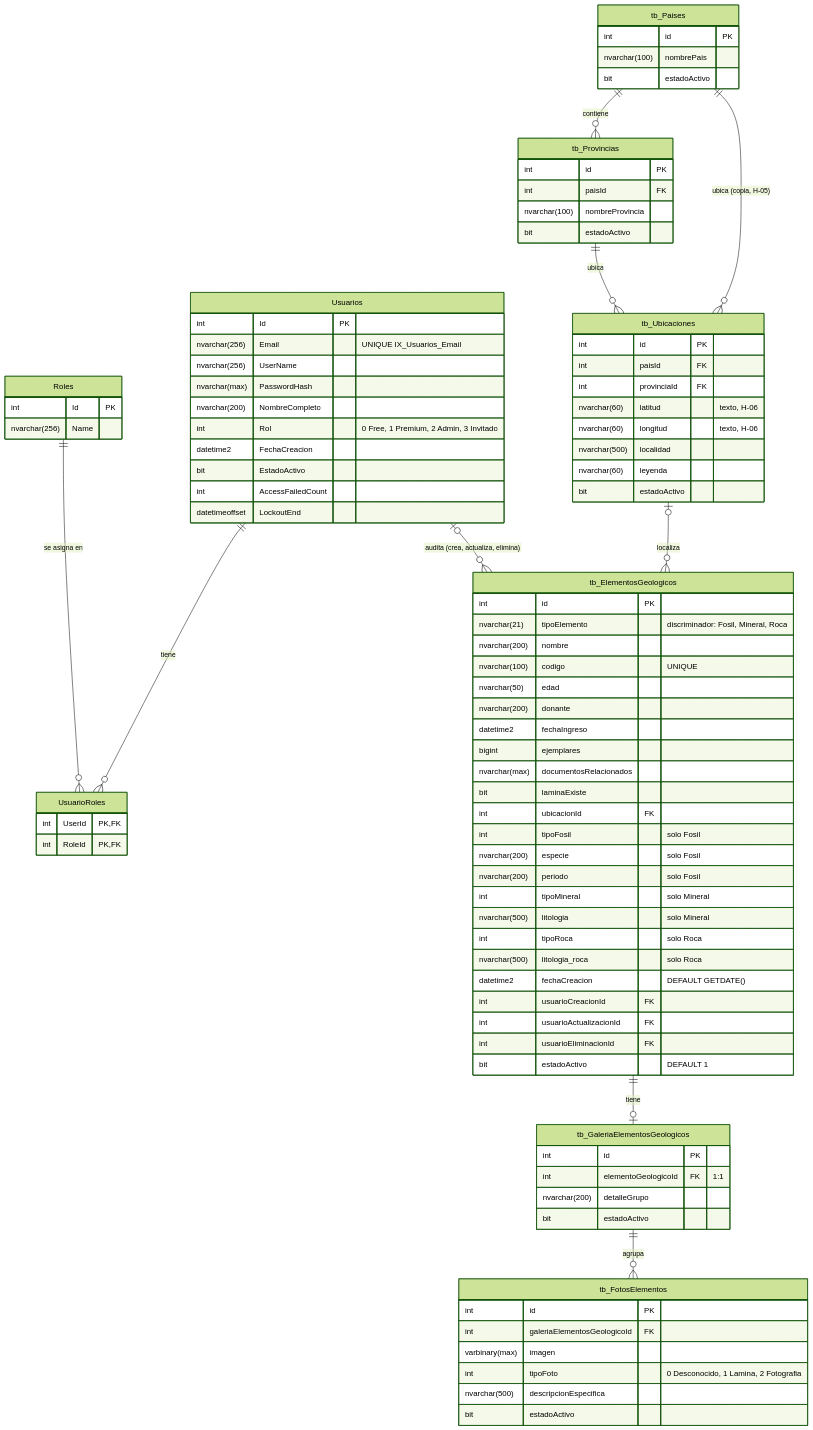
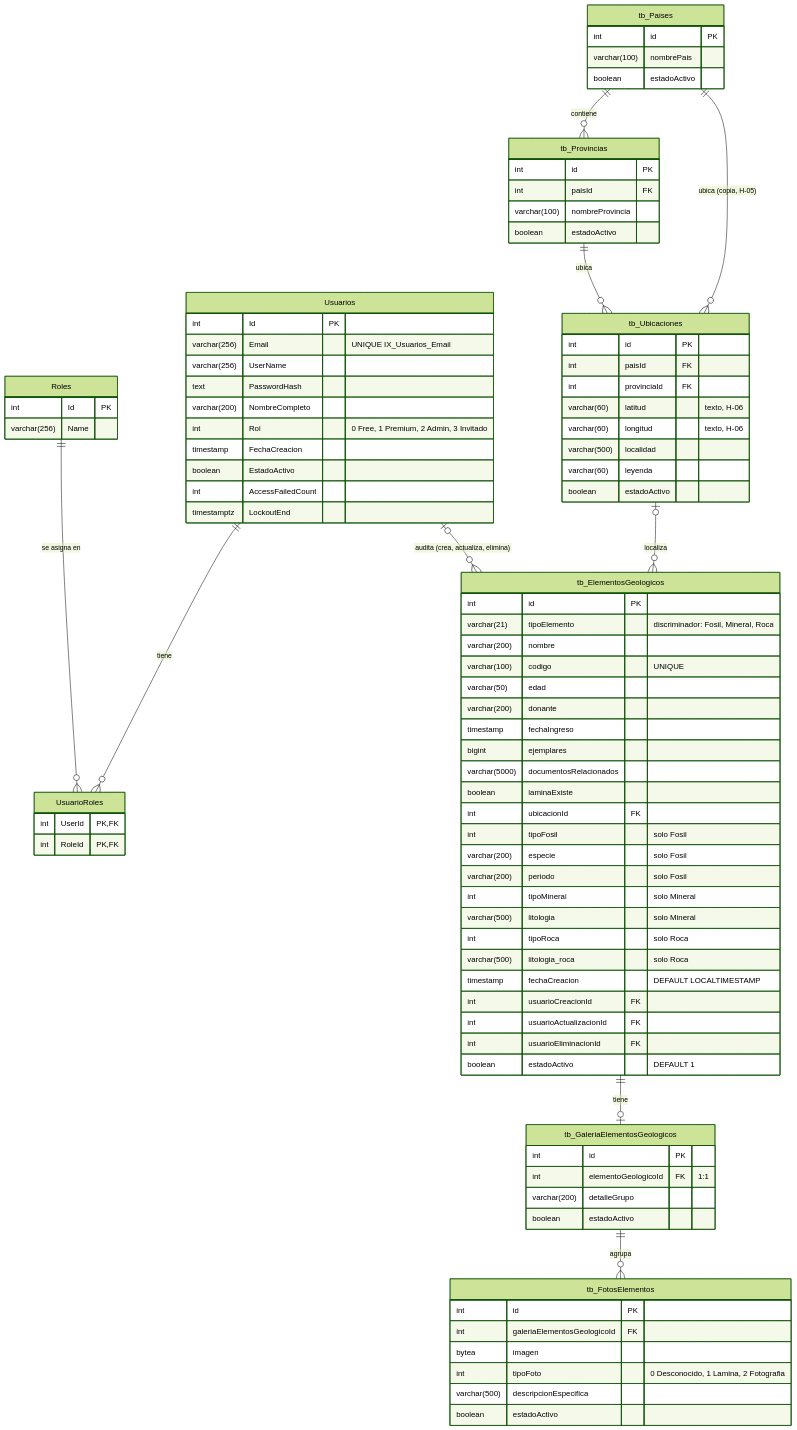
One commit to M147D/sistema-geologico-epn changed the first of 2 diagrams in docs/diagramas/modelo-datos.md. Above: the diagram before and after it, drawn with Mermaid (forest theme). The commit also changed other lines of this file and 14 other files, not shown here.

````diff
--- a/docs/diagramas/modelo-datos.md
+++ b/docs/diagramas/modelo-datos.md
@@ -27,19 +30,19 @@
 
   Usuarios {
     int Id PK
-    nvarchar(256) Email "UNIQUE IX_Usuarios_Email"
-    nvarchar(256) UserName
-    nvarchar(max) PasswordHash
-    nvarchar(200) NombreCompleto
+    varchar(256) Email "UNIQUE IX_Usuarios_Email"
+    varchar(256) UserName
+    text PasswordHash
+    varchar(200) NombreCompleto
     int Rol "0 Free, 1 Premium, 2 Admin, 3 Invitado"
-    datetime2 FechaCreacion
-    bit EstadoActivo
+    timestamp FechaCreacion
+    boolean EstadoActivo
     int AccessFailedCount
-    datetimeoffset LockoutEnd
+    timestamptz LockoutEnd
   }
   Roles {
     int Id PK
-    nvarchar(256) Name
+    varchar(256) Name
   }
   UsuarioRoles {
     int UserId PK, FK
@@ -47,62 +50,62 @@
   }
   tb_Paises {
     int id PK
-    nvarchar(100) nombrePais
-    bit estadoActivo
+    varchar(100) nombrePais
+    boolean estadoActivo
   }
   tb_Provincias {
     int id PK
     int paisId FK
-    nvarchar(100) nombreProvincia
-    bit estadoActivo
+    varchar(100) nombreProvincia
+    boolean estadoActivo
   }
   tb_Ubicaciones {
     int id PK
     int paisId FK
     int provinciaId FK
-    nvarchar(60) latitud "texto, H-06"
-    nvarchar(60) longitud "texto, H-06"
-    nvarchar(500) localidad
-    nvarchar(60) leyenda
-    bit estadoActivo
+    varchar(60) latitud "texto, H-06"
+    varchar(60) longitud "texto, H-06"
+    varchar(500) localidad
+    varchar(60) leyenda
+    boolean estadoActivo
   }
   tb_ElementosGeologicos {
     int id PK
-    nvarchar(21) tipoElemento "discriminador: Fosil, Mineral, Roca"
-    nvarchar(200) nombre
-    nvarchar(100) codigo "UNIQUE"
-    nvarchar(50) edad
-    nvarchar(200) donante
-    datetime2 fechaIngreso
+    varchar(21) tipoElemento "discriminador: Fosil, Mineral, Roca"
+    varchar(200) nombre
+    varchar(100) codigo "UNIQUE"
+    varchar(50) edad
+    varchar(200) donante
+    timestamp fechaIngreso
     bigint ejemplares
-    nvarchar(max) documentosRelacionados
-    bit laminaExiste
+    varchar(5000) documentosRelacionados
+    boolean laminaExiste
     int ubicacionId FK
     int tipoFosil "solo Fosil"
-    nvarchar(200) especie "solo Fosil"
-    nvarchar(200) periodo "solo Fosil"
+    varchar(200) especie "solo Fosil"
+    varchar(200) periodo "solo Fosil"
     int tipoMineral "solo Mineral"
-    nvarchar(500) litologia "solo Mineral"
+    varchar(500) litologia "solo Mineral"
     int tipoRoca "solo Roca"
-    nvarchar(500) litologia_roca "solo Roca"
-    datetime2 fechaCreacion "DEFAULT GETDATE()"
+    varchar(500) litologia_roca "solo Roca"
+    timestamp fechaCreacion "DEFAULT LOCALTIMESTAMP"
     int usuarioCreacionId FK
     int usuarioActualizacionId FK
     int usuarioEliminacionId FK
-    bit estadoActivo "DEFAULT 1"
+    boolean estadoActivo "DEFAULT 1"
   }
   tb_GaleriaElementosGeologicos {
     int id PK
     int elementoGeologicoId FK "1:1"
-    nvarchar(200) detalleGrupo
-    bit estadoActivo
+    varchar(200) detalleGrupo
+    boolean estadoActivo
   }
   tb_FotosElementos {
     int id PK
     int galeriaElementosGeologicoId FK
-    varbinary(max) imagen
+    bytea imagen
     int tipoFoto "0 Desconocido, 1 Lamina, 2 Fotografia"
-    nvarchar(500) descripcionEspecifica
-    bit estadoActivo
+    varchar(500) descripcionEspecifica
+    boolean estadoActivo
   }
 ```
````
